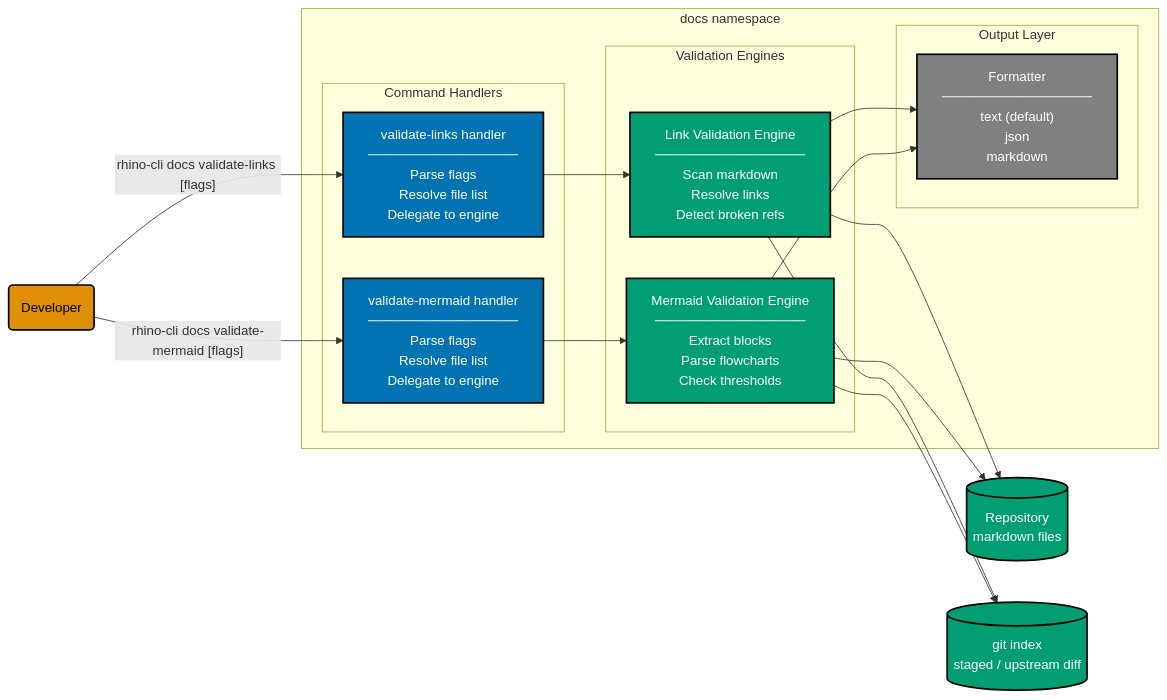
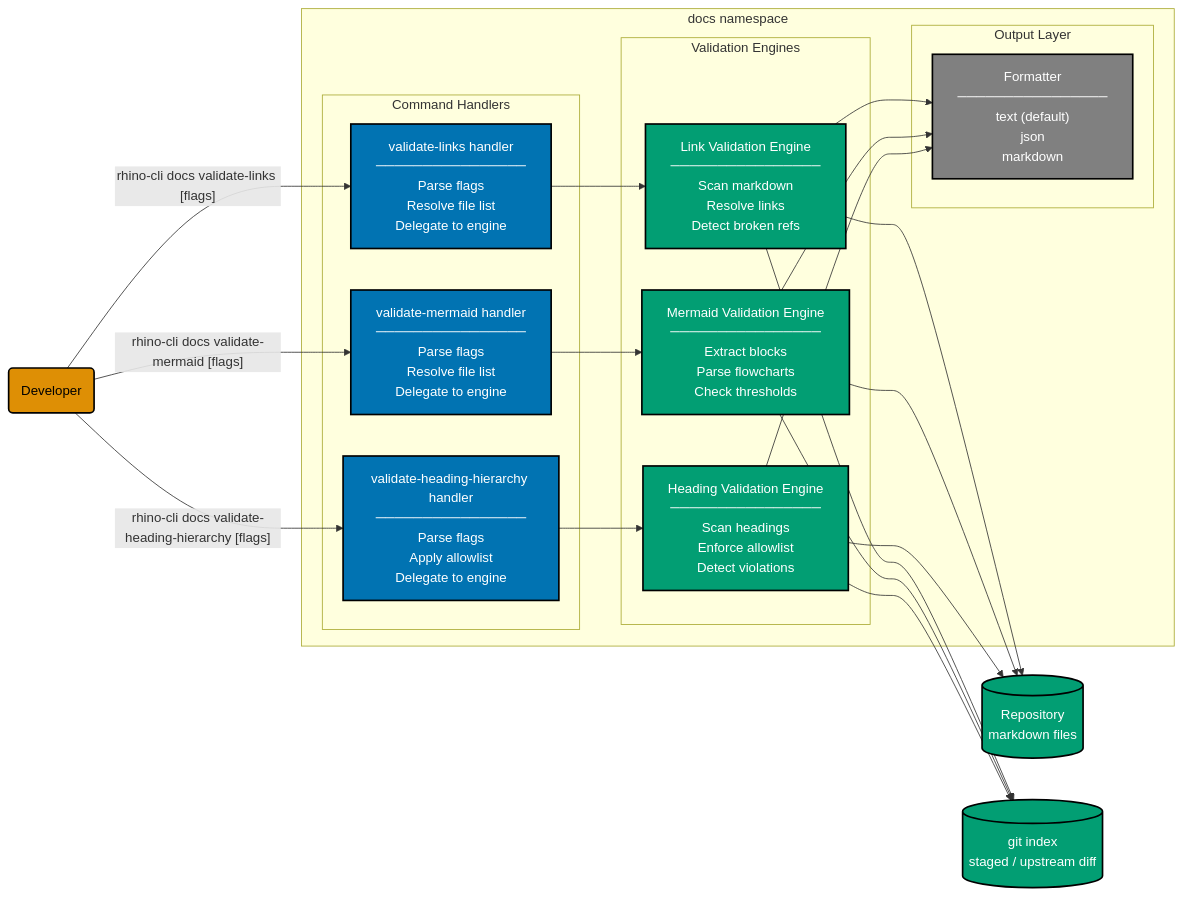
One commit to wahidyankf/ose-primer changed the diagram in specs/apps/rhino/components/cli/component-cli.md. Above: the diagram before and after it, drawn with Mermaid. The commit also changed other lines of this file and 15 other files, not shown here.

First line of the commit message:
feat(rhino-cli): add validate-heading-hierarchy with prose allowlist (rust+go)

````diff
--- a/specs/apps/rhino/components/cli/component-cli.md
+++ b/specs/apps/rhino/components/cli/component-cli.md
@@ -7,44 +7,51 @@
 ```mermaid
 %% Color Palette: Blue #0173B2 | Orange #DE8F05 | Teal #029E73 | Purple #CC78BC | Brown #CA9161 | Gray #808080
 graph LR
     DEV("Developer"):::actor
 
     subgraph DOCS["docs namespace"]
 
         subgraph CMDS["Command Handlers"]
             VL["validate-links handler<br/>────────────────<br/>Parse flags<br/>Resolve file list<br/>Delegate to engine"]:::handler
             VM["validate-mermaid handler<br/>────────────────<br/>Parse flags<br/>Resolve file list<br/>Delegate to engine"]:::handler
+            VH["validate-heading-hierarchy handler<br/>────────────────<br/>Parse flags<br/>Apply allowlist<br/>Delegate to engine"]:::handler
         end
 
         subgraph ENGINES["Validation Engines"]
             LE["Link Validation Engine<br/>────────────────<br/>Scan markdown<br/>Resolve links<br/>Detect broken refs"]:::service
             ME["Mermaid Validation Engine<br/>────────────────<br/>Extract blocks<br/>Parse flowcharts<br/>Check thresholds"]:::service
+            HE["Heading Validation Engine<br/>────────────────<br/>Scan headings<br/>Enforce allowlist<br/>Detect violations"]:::service
         end
 
         subgraph OUTPUT["Output Layer"]
             FMT["Formatter<br/>────────────────<br/>text (default)<br/>json<br/>markdown"]:::infra
         end
 
     end
 
     FS[("Repository<br/>markdown files")]:::datastore
     GIT[("git index<br/>staged / upstream diff")]:::datastore
 
     DEV -->|"rhino-cli docs validate-links [flags]"| VL
     DEV -->|"rhino-cli docs validate-mermaid [flags]"| VM
+    DEV -->|"rhino-cli docs validate-heading-hierarchy [flags]"| VH
 
     VL --> LE
     VM --> ME
+    VH --> HE
     LE --> FMT
     ME --> FMT
+    HE --> FMT
     LE --> FS
     LE --> GIT
     ME --> FS
     ME --> GIT
+    HE --> FS
+    HE --> GIT
 
     classDef actor fill:#DE8F05,stroke:#000000,color:#000000,stroke-width:2px
     classDef handler fill:#0173B2,stroke:#000000,color:#FFFFFF,stroke-width:2px
     classDef service fill:#029E73,stroke:#000000,color:#FFFFFF,stroke-width:2px
     classDef infra fill:#808080,stroke:#000000,color:#FFFFFF,stroke-width:2px
     classDef datastore fill:#029E73,stroke:#000000,color:#FFFFFF,stroke-width:2px
 ```
````
